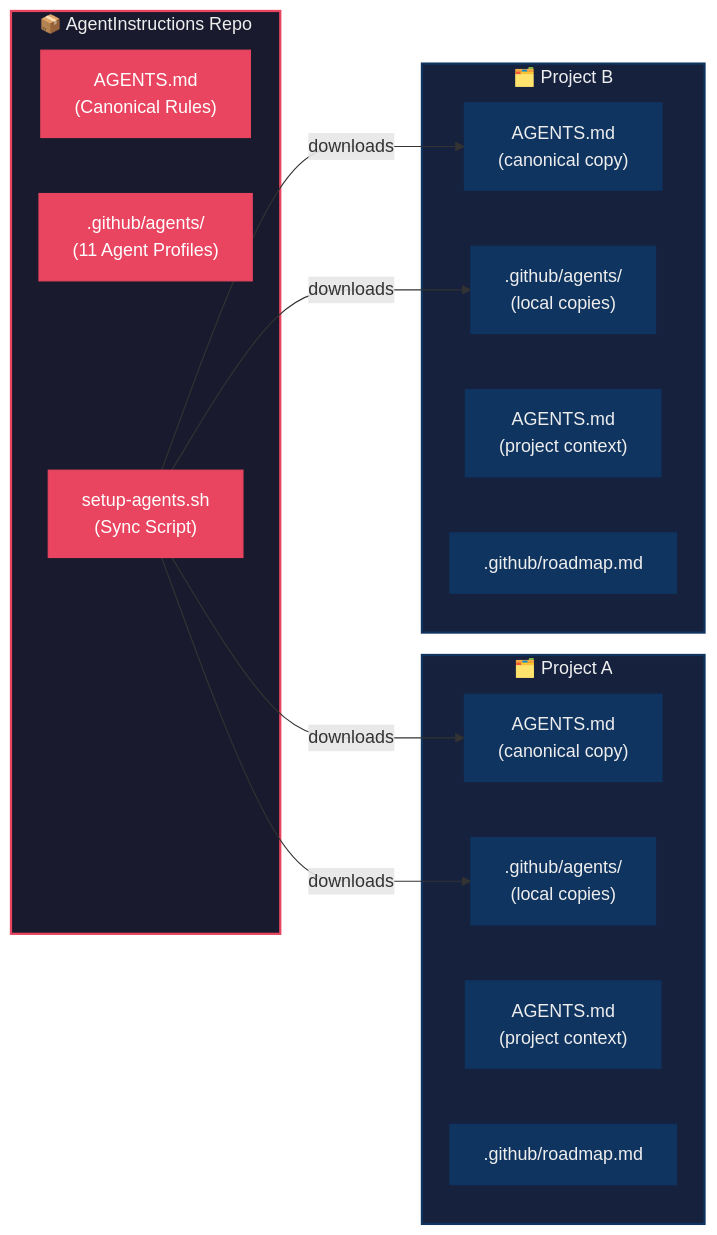
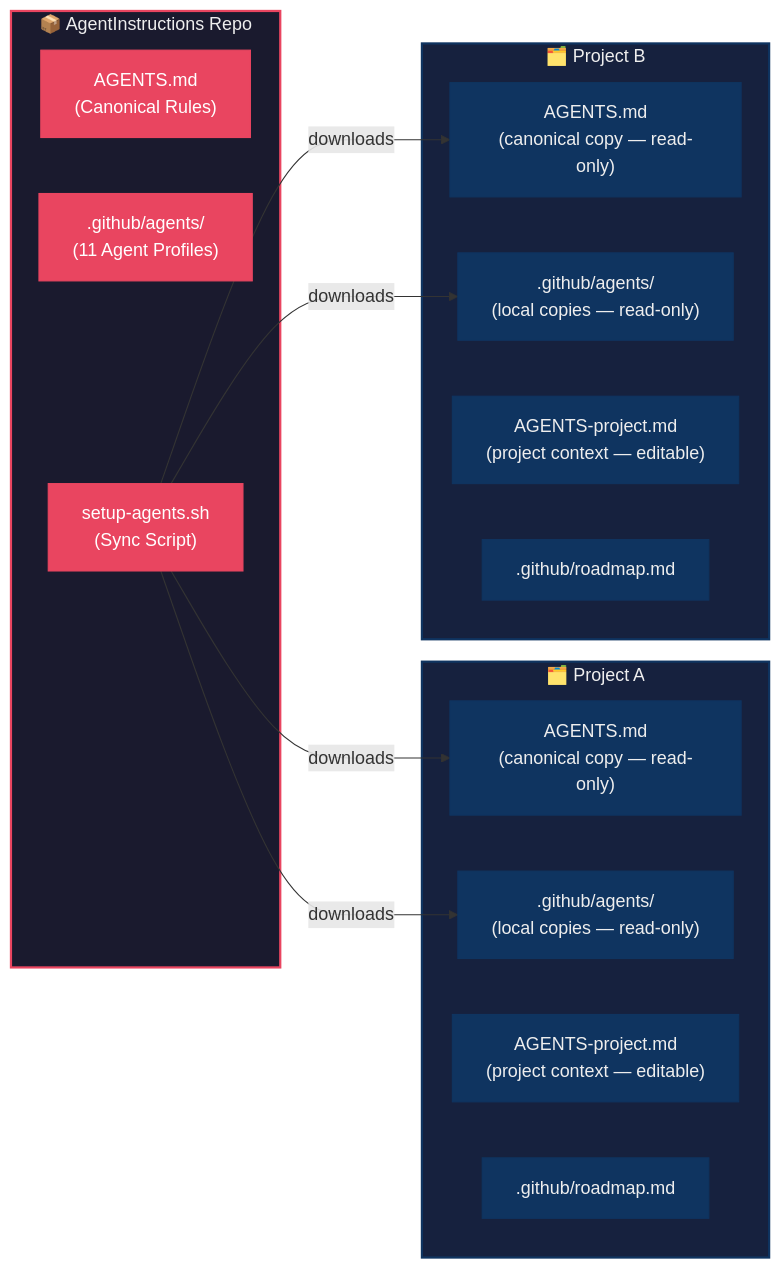
One commit to LoneEngineer99/AgentInstructions changed the diagram in README.md. Above: the diagram before and after it, drawn with Mermaid. The commit also changed other lines of this file and 3 other files, not shown here.

````diff
--- a/README.md
+++ b/README.md
@@ -52,40 +52,40 @@
 ```mermaid
 flowchart LR
     subgraph This_Repo["📦 AgentInstructions Repo"]
         A["AGENTS.md\n(Canonical Rules)"]
         B[".github/agents/\n(11 Agent Profiles)"]
         C["setup-agents.sh\n(Sync Script)"]
     end
     subgraph Project_A["🗂️ Project A"]
-        D["AGENTS.md\n(canonical copy)"]
-        E[".github/agents/\n(local copies)"]
-        F["AGENTS.md\n(project context)"]
+        D["AGENTS.md\n(canonical copy — read-only)"]
+        E[".github/agents/\n(local copies — read-only)"]
+        F["AGENTS-project.md\n(project context — editable)"]
         G[".github/roadmap.md"]
     end
     subgraph Project_B["🗂️ Project B"]
-        H["AGENTS.md\n(canonical copy)"]
-        I[".github/agents/\n(local copies)"]
-        J["AGENTS.md\n(project context)"]
+        H["AGENTS.md\n(canonical copy — read-only)"]
+        I[".github/agents/\n(local copies — read-only)"]
+        J["AGENTS-project.md\n(project context — editable)"]
         K[".github/roadmap.md"]
     end
 
     C -- "downloads" --> D
     C -- "downloads" --> E
     C -- "downloads" --> H
     C -- "downloads" --> I
 
     style This_Repo fill:#1a1a2e,stroke:#e94560,stroke-width:2px,color:#eee
     style Project_A fill:#16213e,stroke:#0f3460,stroke-width:2px,color:#eee
     style Project_B fill:#16213e,stroke:#0f3460,stroke-width:2px,color:#eee
     style A fill:#e94560,stroke:#e94560,color:#fff
     style B fill:#e94560,stroke:#e94560,color:#fff
     style C fill:#e94560,stroke:#e94560,color:#fff
     style D fill:#0f3460,stroke:#0f3460,color:#eee
     style E fill:#0f3460,stroke:#0f3460,color:#eee
     style F fill:#0f3460,stroke:#0f3460,color:#eee
     style G fill:#0f3460,stroke:#0f3460,color:#eee
     style H fill:#0f3460,stroke:#0f3460,color:#eee
     style I fill:#0f3460,stroke:#0f3460,color:#eee
     style J fill:#0f3460,stroke:#0f3460,color:#eee
     style K fill:#0f3460,stroke:#0f3460,color:#eee
 ```
````
